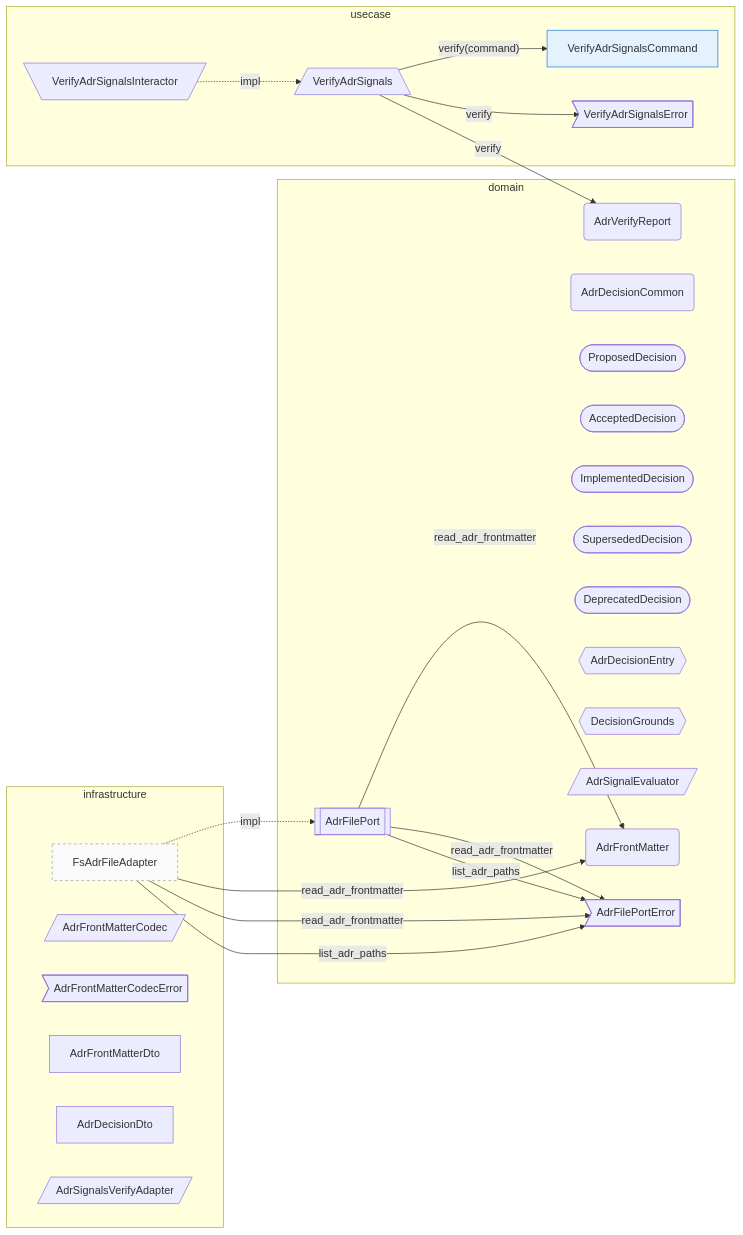
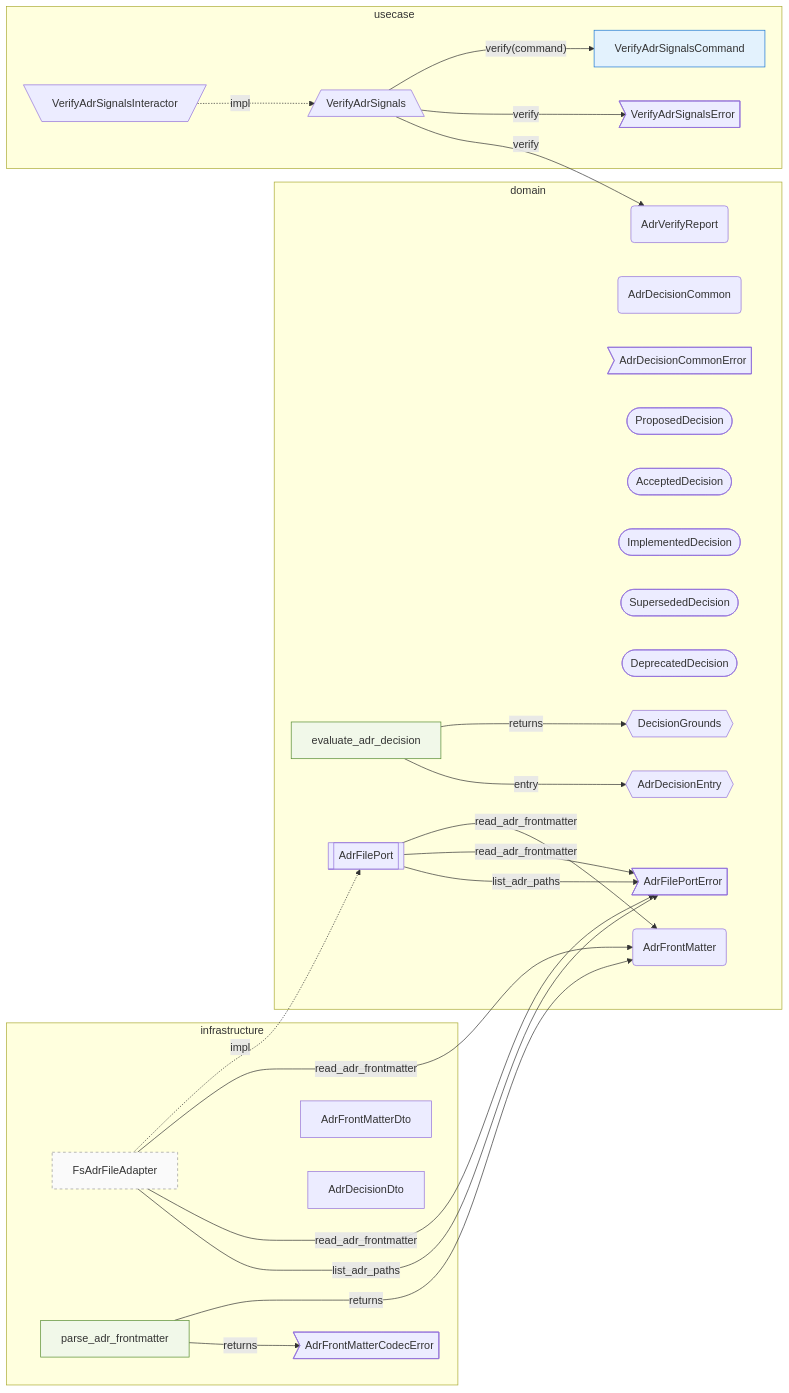
Before and after one commit to Flip451/SoTOHE-core: the diagram in track/items/adr-decision-traceability-lifecycle-2026-04-27/contract-map.md, drawn with Mermaid. The commit also changed 17 other files, not shown here.

````diff
--- a/track/items/adr-decision-traceability-lifecycle-2026-04-27/contract-map.md
+++ b/track/items/adr-decision-traceability-lifecycle-2026-04-27/contract-map.md
@@ -1,48 +1,52 @@
 ```mermaid
 flowchart LR
     classDef secondary_adapter fill:#fafafa,stroke:#999,stroke-dasharray: 4 4
     classDef command fill:#e3f2fd,stroke:#1976d2
     classDef query fill:#f3e5f5,stroke:#8e24aa
     classDef factory fill:#fff8e1,stroke:#f9a825
     classDef free_function fill:#f1f8e9,stroke:#558b2f
     subgraph domain [domain]
         L6_domain_AdrFrontMatter(AdrFrontMatter)
         L6_domain_AdrDecisionCommon(AdrDecisionCommon)
+        L6_domain_AdrDecisionCommonError>AdrDecisionCommonError]
         L6_domain_ProposedDecision([ProposedDecision])
         L6_domain_AcceptedDecision([AcceptedDecision])
         L6_domain_ImplementedDecision([ImplementedDecision])
         L6_domain_SupersededDecision([SupersededDecision])
         L6_domain_DeprecatedDecision([DeprecatedDecision])
         L6_domain_AdrDecisionEntry{{AdrDecisionEntry}}
         L6_domain_DecisionGrounds{{DecisionGrounds}}
-        L6_domain_AdrSignalEvaluator[/AdrSignalEvaluator/]
+        L6_domain_evaluate__adr__decision[evaluate_adr_decision]:::free_function
         L6_domain_AdrVerifyReport(AdrVerifyReport)
         L6_domain_AdrFilePortError>AdrFilePortError]
         L6_domain_AdrFilePort[[AdrFilePort]]
     end
     subgraph usecase [usecase]
         L7_usecase_VerifyAdrSignals[/VerifyAdrSignals\]
         L7_usecase_VerifyAdrSignalsCommand[VerifyAdrSignalsCommand]:::command
         L7_usecase_VerifyAdrSignalsInteractor[\VerifyAdrSignalsInteractor/]
         L7_usecase_VerifyAdrSignalsError>VerifyAdrSignalsError]
     end
     subgraph infrastructure [infrastructure]
         L14_infrastructure_FsAdrFileAdapter[FsAdrFileAdapter]:::secondary_adapter
-        L14_infrastructure_AdrFrontMatterCodec[/AdrFrontMatterCodec/]
+        L14_infrastructure_parse__adr__frontmatter[parse_adr_frontmatter]:::free_function
         L14_infrastructure_AdrFrontMatterCodecError>AdrFrontMatterCodecError]
         L14_infrastructure_AdrFrontMatterDto[AdrFrontMatterDto]
         L14_infrastructure_AdrDecisionDto[AdrDecisionDto]
-        L14_infrastructure_AdrSignalsVerifyAdapter[/AdrSignalsVerifyAdapter/]
     end
     L14_infrastructure_FsAdrFileAdapter -->|"list_adr_paths"| L6_domain_AdrFilePortError
     L14_infrastructure_FsAdrFileAdapter -->|"read_adr_frontmatter"| L6_domain_AdrFilePortError
     L14_infrastructure_FsAdrFileAdapter -->|"read_adr_frontmatter"| L6_domain_AdrFrontMatter
     L14_infrastructure_FsAdrFileAdapter -.impl.-> L6_domain_AdrFilePort
+    L14_infrastructure_parse__adr__frontmatter -->|"returns"| L14_infrastructure_AdrFrontMatterCodecError
+    L14_infrastructure_parse__adr__frontmatter -->|"returns"| L6_domain_AdrFrontMatter
     L6_domain_AdrFilePort -->|"list_adr_paths"| L6_domain_AdrFilePortError
     L6_domain_AdrFilePort -->|"read_adr_frontmatter"| L6_domain_AdrFilePortError
     L6_domain_AdrFilePort -->|"read_adr_frontmatter"| L6_domain_AdrFrontMatter
+    L6_domain_evaluate__adr__decision -->|"entry"| L6_domain_AdrDecisionEntry
+    L6_domain_evaluate__adr__decision -->|"returns"| L6_domain_DecisionGrounds
     L7_usecase_VerifyAdrSignals -->|"verify"| L6_domain_AdrVerifyReport
     L7_usecase_VerifyAdrSignals -->|"verify"| L7_usecase_VerifyAdrSignalsError
     L7_usecase_VerifyAdrSignals -->|"verify(command)"| L7_usecase_VerifyAdrSignalsCommand
     L7_usecase_VerifyAdrSignalsInteractor -.impl.-> L7_usecase_VerifyAdrSignals
 ```
````
